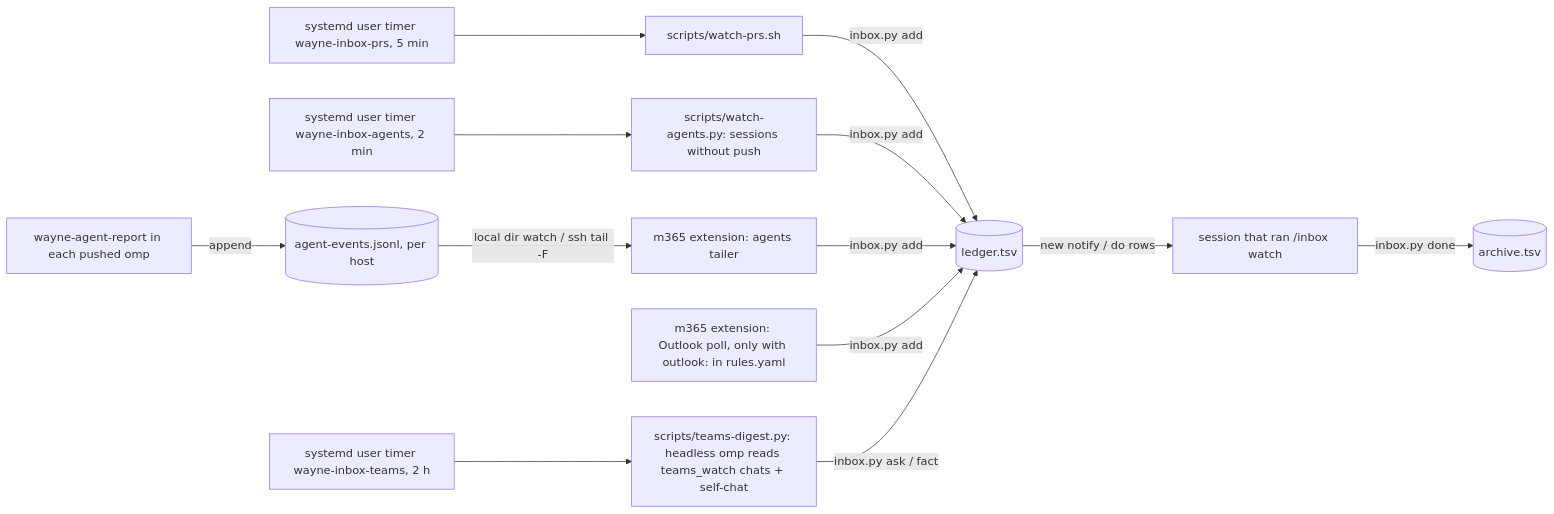
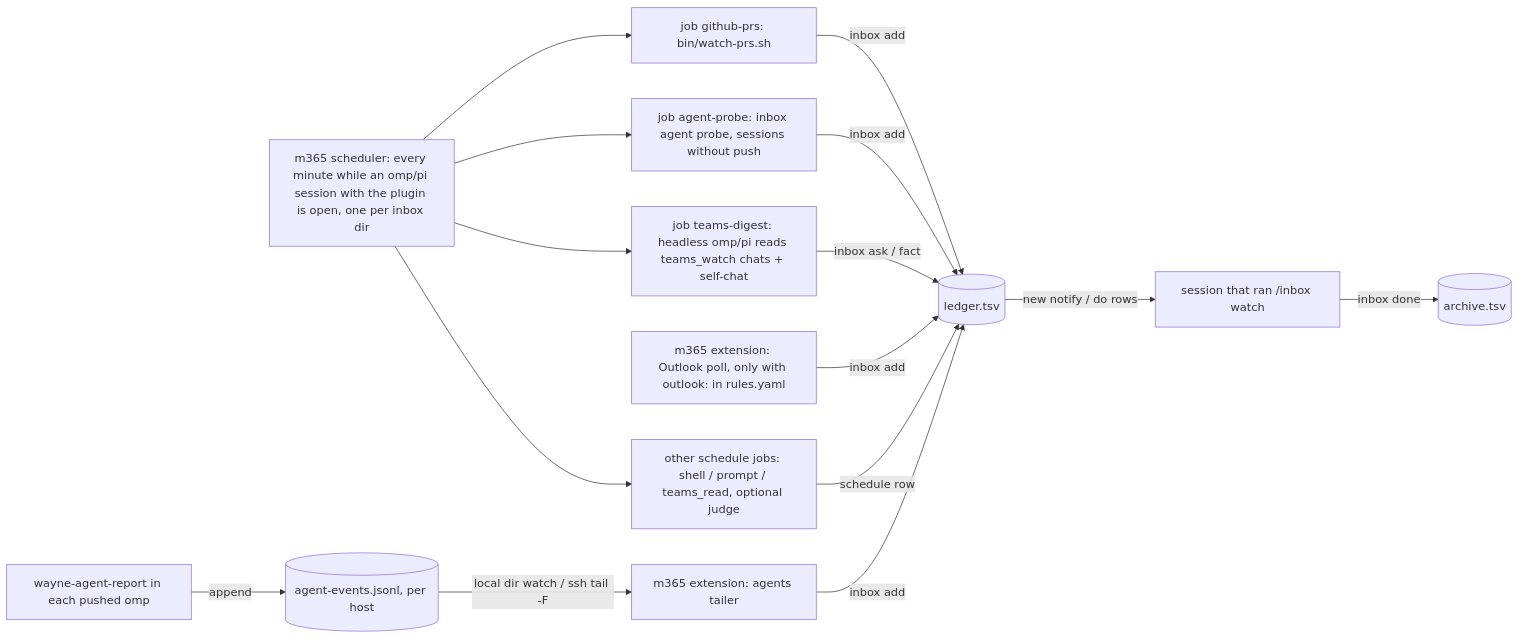
One commit to waynejing995/wayne-taste changed the diagram in wayne-inbox/references/internals.md. Above: the diagram before and after it, drawn with Mermaid. The commit also changed other lines of this file and 23 other files, not shown here.

First line of the commit message:
feat:/inbox - cut over to the plugin inbox; Wayne's role leaves the plugin

````diff
--- a/wayne-inbox/references/internals.md
+++ b/wayne-inbox/references/internals.md
@@ -26,15 +29,17 @@
 ```mermaid
 flowchart LR
-  T[systemd user timer wayne-inbox-prs, 5 min] --> W[scripts/watch-prs.sh]
-  W -->|inbox.py add| L[(ledger.tsv)]
-  T2[systemd user timer wayne-inbox-agents, 2 min] --> G[scripts/watch-agents.py: sessions without push]
-  G -->|inbox.py add| L
+  T[m365 scheduler: every minute while an omp/pi session with the plugin is open, one per inbox dir] --> W[job github-prs: bin/watch-prs.sh]
+  W -->|inbox add| L[(ledger.tsv)]
+  T --> G[job agent-probe: inbox agent probe, sessions without push]
+  G -->|inbox add| L
   R[wayne-agent-report in each pushed omp] -->|append| E[(agent-events.jsonl, per host)]
   E -->|local dir watch / ssh tail -F| X[m365 extension: agents tailer]
-  X -->|inbox.py add| L
-  O[m365 extension: Outlook poll, only with outlook: in rules.yaml] -->|inbox.py add| L
-  T3[systemd user timer wayne-inbox-teams, 2 h] --> D[scripts/teams-digest.py: headless omp reads teams_watch chats + self-chat]
-  D -->|inbox.py ask / fact| L
+  X -->|inbox add| L
+  O[m365 extension: Outlook poll, only with outlook: in rules.yaml] -->|inbox add| L
+  T --> D[job teams-digest: headless omp/pi reads teams_watch chats + self-chat]
+  D -->|inbox ask / fact| L
+  T --> J[other schedule jobs: shell / prompt / teams_read, optional judge]
+  J -->|schedule row| L
   L -->|new notify / do rows| S[session that ran /inbox watch]
-  S -->|inbox.py done| A[(archive.tsv)]
+  S -->|inbox done| A[(archive.tsv)]
 ```
````
